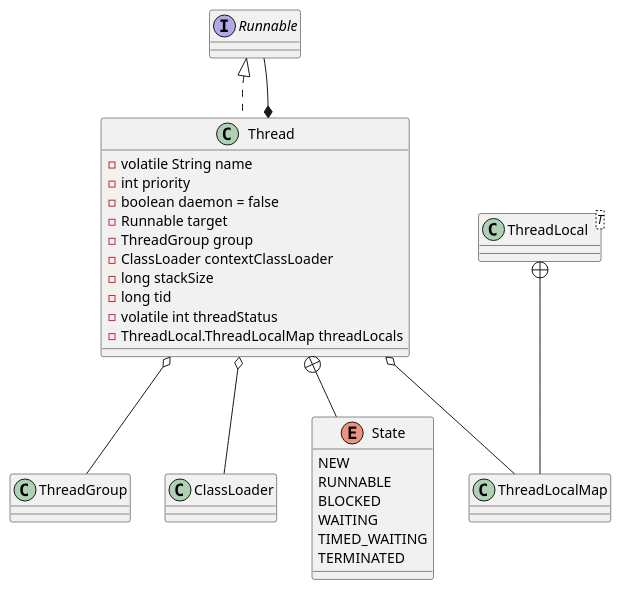
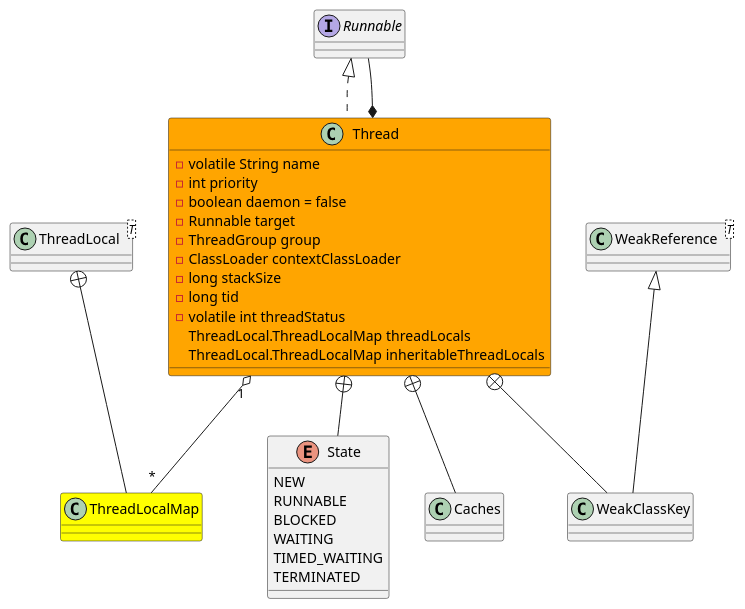
The first of 2 diagrams in 10-java/src/rt.jar.src/java/lang/Thread.md (onlyonion/development), drawn with PlantUML before and after one commit. The commit also changed other lines of this file and 73 other files, not shown here.

````diff
--- a/10-java/src/rt.jar.src/java/lang/Thread.md
+++ b/10-java/src/rt.jar.src/java/lang/Thread.md
@@ -4,40 +14,51 @@
 ```plantuml
 @startuml
 
 interface Runnable
 Runnable ^.. Thread
 
-class Thread {
+'''''''''''''''''''''''''Thread''''''''''''''''''''''''''''
+class Thread #orange {
     - volatile String name
     - int priority
     - boolean daemon = false
     - Runnable target
     - ThreadGroup group
     - ClassLoader contextClassLoader
     - long stackSize
     - long tid
     - volatile int threadStatus
-    - ThreadLocal.ThreadLocalMap threadLocals
+    ThreadLocal.ThreadLocalMap threadLocals
+    ThreadLocal.ThreadLocalMap inheritableThreadLocals
 }
 
 Thread *-- Runnable
-Thread o-- ThreadGroup
-Thread o-- ClassLoader
-Thread o-- ThreadLocalMap
+Thread "1" o-- "*" ThreadLocalMap
 
+'''''''''''''''''''''''''ThreadLocal''''''''''''''''''''''''''''
 class ThreadLocal<T>
-class ThreadLocalMap
+class ThreadLocalMap #yellow
 ThreadLocal +-- ThreadLocalMap
 
 enum State {
     NEW
     RUNNABLE
     BLOCKED
     WAITING
     TIMED_WAITING
     TERMINATED
 }
 Thread +-- State
-    
+
+'''''''''''''''''''''''''WeakClassKey''''''''''''''''''''''''''''
+Thread +-- WeakClassKey
+
+class WeakReference<T>
+class WeakClassKey
+WeakReference ^-- WeakClassKey
+
+'''''''''''''''''''''''''Caches''''''''''''''''''''''''''''
+Thread +-- Caches
+class Caches    
 @enduml
 ```
````
